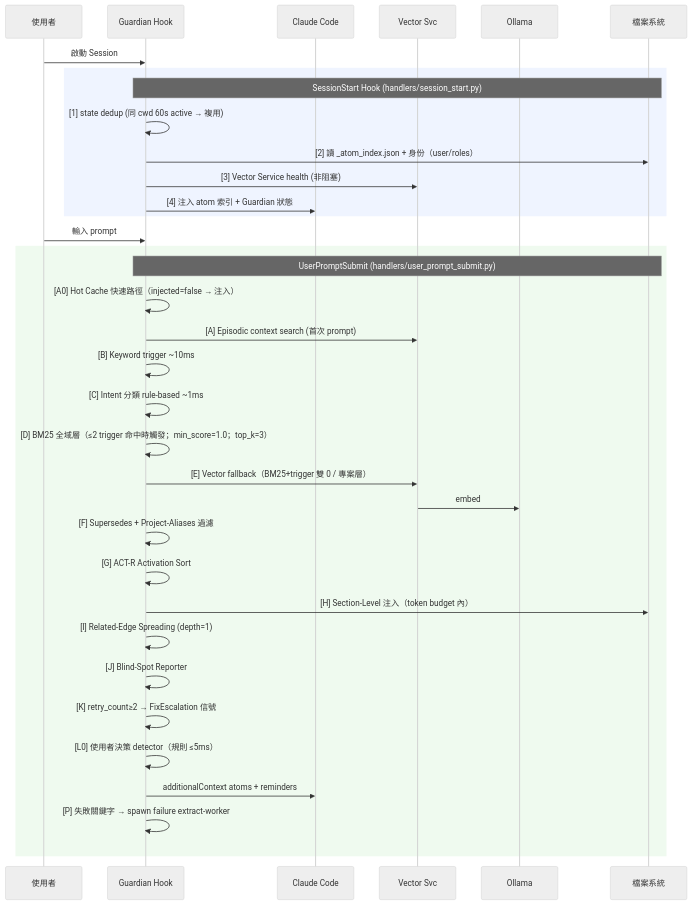
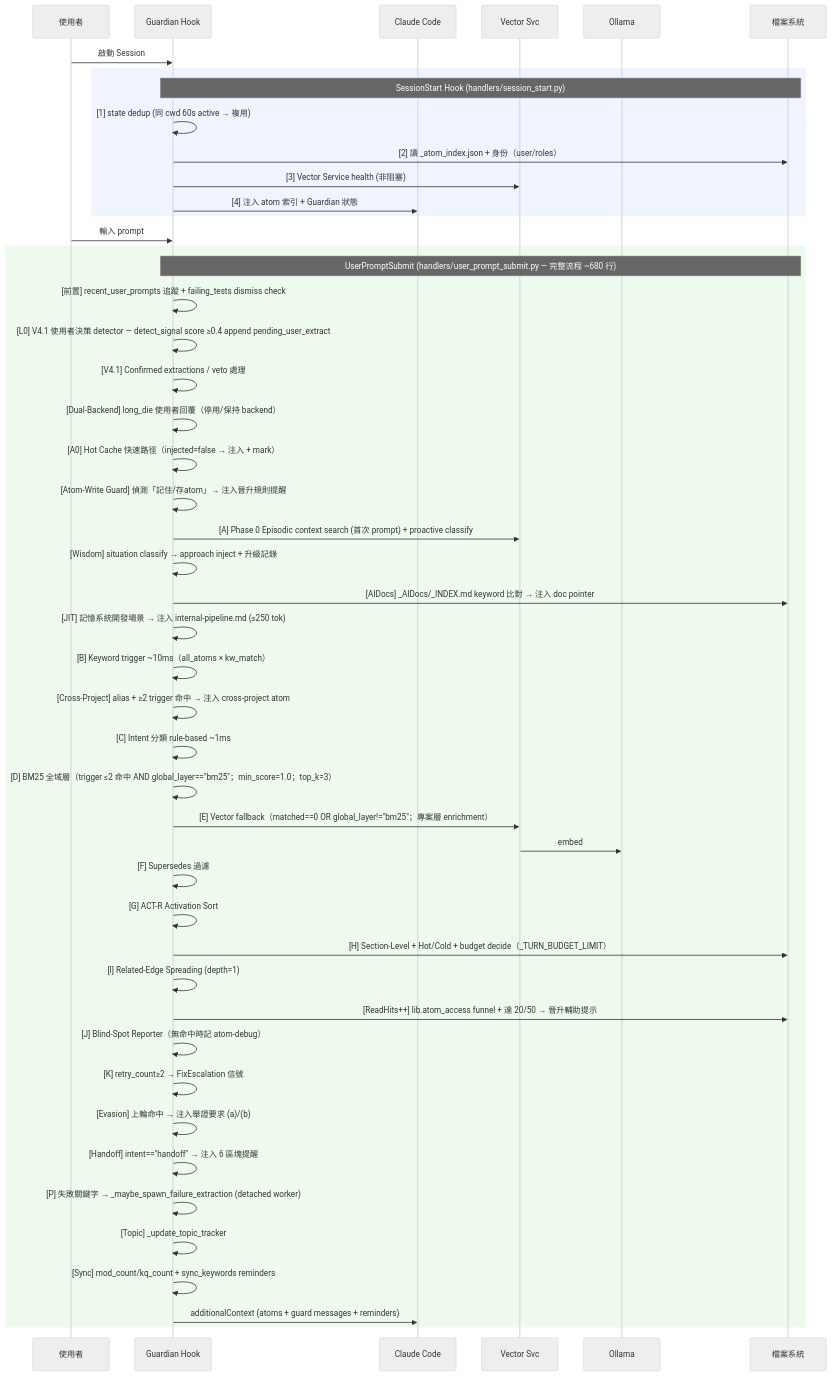
Before and after one commit to holylight1979/AtomicMemory-ClaudeCode: the first of 4 diagrams in TECH.md, drawn with Mermaid (neutral theme). The commit also changed other lines of this file and 8 other files, not shown here.

````diff
--- a/TECH.md
+++ b/TECH.md
@@ -348,39 +354,52 @@
 ```mermaid
 sequenceDiagram
     participant U as 使用者
     participant G as Guardian Hook
     participant C as Claude Code
     participant V as Vector Svc
     participant O as Ollama
     participant F as 檔案系統
 
     U->>G: 啟動 Session
     rect rgba(100,150,255,0.1)
         note over G,F: SessionStart Hook (handlers/session_start.py)
         G->>G: [1] state dedup (同 cwd 60s active → 複用)
         G->>F: [2] 讀 _atom_index.json + 身份（user/roles）
         G->>V: [3] Vector Service health (非阻塞)
         G->>C: [4] 注入 atom 索引 + Guardian 狀態
     end
 
     U->>G: 輸入 prompt
     rect rgba(100,200,100,0.1)
-        note over G,F: UserPromptSubmit (handlers/user_prompt_submit.py)
-        G->>G: [A0] Hot Cache 快速路徑（injected=false → 注入）
-        G->>V: [A] Episodic context search (首次 prompt)
-        G->>G: [B] Keyword trigger ~10ms
+        note over G,F: UserPromptSubmit (handlers/user_prompt_submit.py — 完整流程 ~680 行)
+        G->>G: [前置] recent_user_prompts 追蹤 + failing_tests dismiss check
+        G->>G: [L0] V4.1 使用者決策 detector — detect_signal score ≥0.4 append pending_user_extract
+        G->>G: [V4.1] Confirmed extractions / veto 處理
+        G->>G: [Dual-Backend] long_die 使用者回覆（停用/保持 backend）
+        G->>G: [A0] Hot Cache 快速路徑（injected=false → 注入 + mark）
+        G->>G: [Atom-Write Guard] 偵測「記住/存atom」→ 注入晉升規則提醒
+        G->>V: [A] Phase 0 Episodic context search (首次 prompt) + proactive classify
+        G->>G: [Wisdom] situation classify → approach inject + 升級記錄
+        G->>F: [AIDocs] _AIDocs/_INDEX.md keyword 比對 → 注入 doc pointer
+        G->>G: [JIT] 記憶系統開發場景 → 注入 internal-pipeline.md (≤250 tok)
+        G->>G: [B] Keyword trigger ~10ms（all_atoms × kw_match）
+        G->>G: [Cross-Project] alias + ≥2 trigger 命中 → 注入 cross-project atom
         G->>G: [C] Intent 分類 rule-based ~1ms
-        G->>G: [D] BM25 全域層（≤2 trigger 命中時觸發；min_score=1.0；top_k=3）
-        G->>V: [E] Vector fallback（BM25+trigger 雙 0 / 專案層）
+        G->>G: [D] BM25 全域層（trigger ≤2 命中 AND global_layer=="bm25"；min_score=1.0；top_k=3）
+        G->>V: [E] Vector fallback（matched==0 OR global_layer!="bm25"；專案層 enrichment）
         V->>O: embed
-        G->>G: [F] Supersedes + Project-Aliases 過濾
+        G->>G: [F] Supersedes 過濾
         G->>G: [G] ACT-R Activation Sort
-        G->>F: [H] Section-Level 注入（token budget 內）
+        G->>F: [H] Section-Level + Hot/Cold + budget decide（_TURN_BUDGET_LIMIT）
         G->>G: [I] Related-Edge Spreading (depth=1)
-        G->>G: [J] Blind-Spot Reporter
+        G->>F: [ReadHits++] lib.atom_access funnel + 達 20/50 → 晉升輔助提示
+        G->>G: [J] Blind-Spot Reporter（無命中時記 atom-debug）
         G->>G: [K] retry_count≥2 → FixEscalation 信號
-        G->>G: [L0] 使用者決策 detector（規則 ≤5ms）
-        G->>C: additionalContext atoms + reminders
-        G->>G: [P] 失敗關鍵字 → spawn failure extract-worker
+        G->>G: [Evasion] 上輪命中 → 注入舉證要求 (a)/(b)
+        G->>G: [Handoff] intent=="handoff" → 注入 6 區塊提醒
+        G->>G: [P] 失敗關鍵字 → _maybe_spawn_failure_extraction (detached worker)
+        G->>G: [Topic] _update_topic_tracker
+        G->>G: [Sync] mod_count/kq_count + sync_keywords reminders
+        G->>C: additionalContext (atoms + guard messages + reminders)
     end
 ```
````
